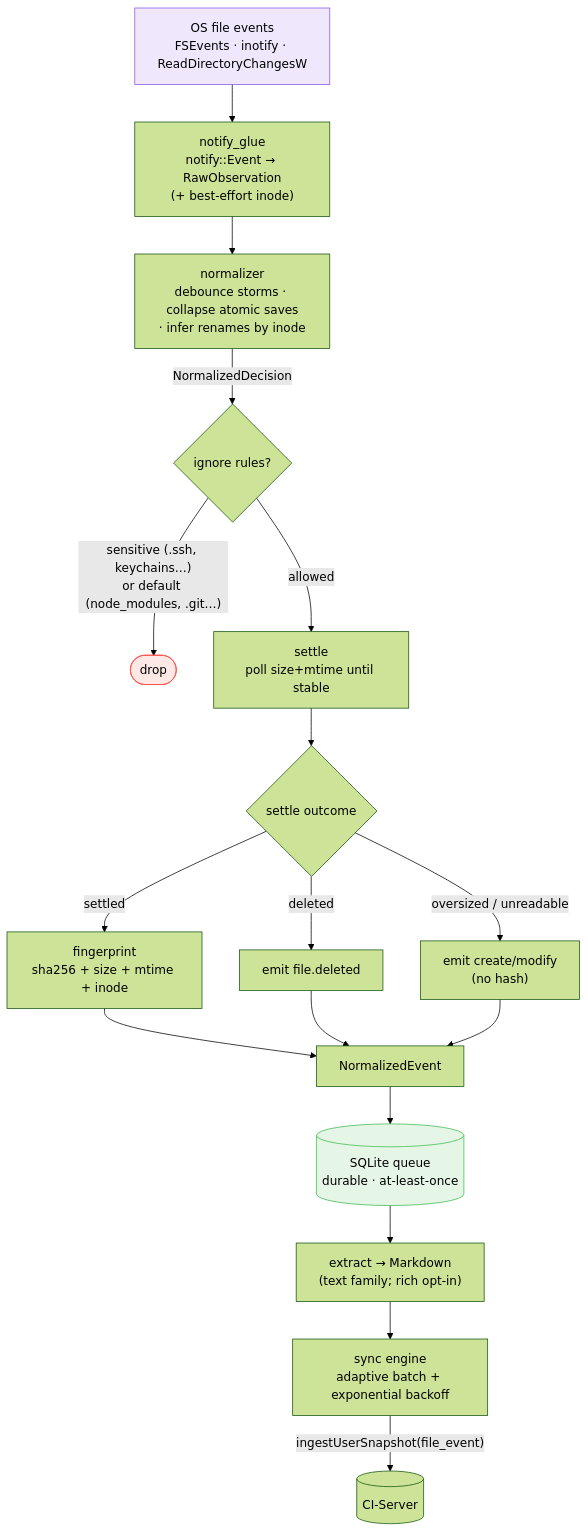
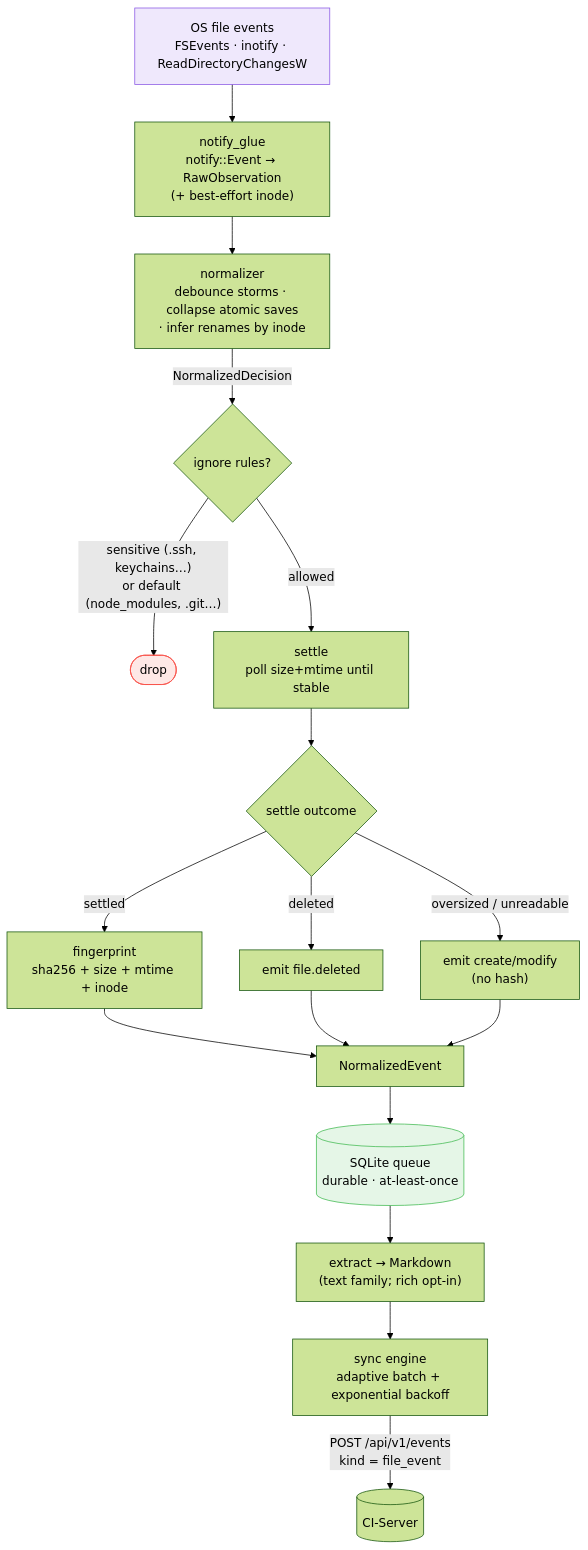
Before and after one commit to companionintelligence/CI-Capture: the second of 6 diagrams in docs/architecture.md, drawn with Mermaid (forest theme). The commit also changed other lines of this file and 22 other files, not shown here.

````diff
--- a/docs/architecture.md
+++ b/docs/architecture.md
@@ -54,24 +54,24 @@
 ```mermaid
 flowchart TB
     OS["OS file events<br/>FSEvents · inotify · ReadDirectoryChangesW"]:::os
     OS --> NG["notify_glue<br/>notify::Event → RawObservation<br/>(+ best-effort inode)"]
     NG --> NORM["normalizer<br/>debounce storms · collapse atomic saves<br/>· infer renames by inode"]
     NORM -->|NormalizedDecision| IG{"ignore rules?"}
     IG -->|"sensitive (.ssh, keychains…)<br/>or default (node_modules, .git…)"| DROP(["drop"]):::drop
     IG -->|allowed| SET["settle<br/>poll size+mtime until stable"]
     SET --> OUT{"settle outcome"}
     OUT -->|deleted| DEL["emit file.deleted"]
     OUT -->|"oversized / unreadable"| NOHASH["emit create/modify<br/>(no hash)"]
     OUT -->|settled| FP["fingerprint<br/>sha256 + size + mtime + inode"]
     FP --> EV["NormalizedEvent"]
     DEL --> EV
     NOHASH --> EV
     EV --> Q[("SQLite queue<br/>durable · at-least-once")]:::store
     Q --> EXT["extract → Markdown<br/>(text family; rich opt-in)"]
     EXT --> SYNC["sync engine<br/>adaptive batch + exponential backoff"]
-    SYNC -->|"ingestUserSnapshot(file_event)"| CI[("CI-Server")]
+    SYNC -->|"POST /api/v1/events<br/>kind = file_event"| CI[("CI-Server")]
 
     classDef os fill:#8957e522,stroke:#8957e5;
     classDef store fill:#3fb95022,stroke:#3fb950;
     classDef drop fill:#f8514922,stroke:#f85149;
 ```
````
